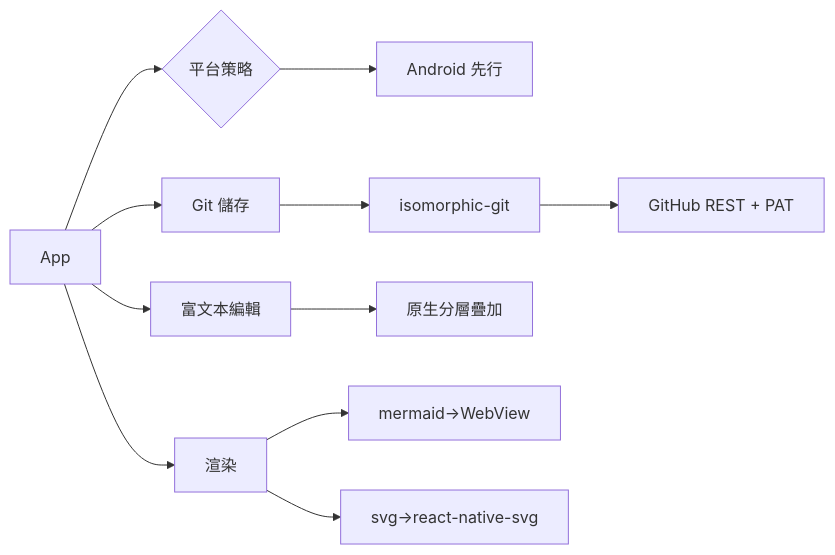
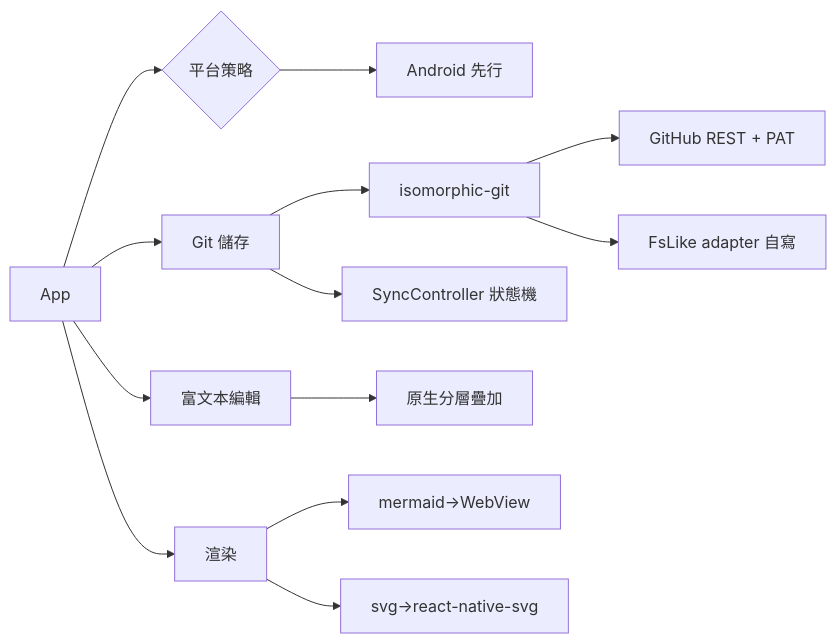
The diagram in brain/stack.md (adam-ikari/gitmark), drawn with Mermaid before and after one commit. The commit also changed other lines of this file and 3 other files, not shown here.

First line of the commit message:
brain: record the fs adapter contract and the sync chain's layering

````diff
--- a/brain/stack.md
+++ b/brain/stack.md
@@ -36,13 +41,15 @@
 ```mermaid
 graph LR
   D[App] --> P{平台策略}
   D --> G[Git 儲存]
   D --> E[富文本編輯]
   D --> R[渲染]
   P --> P1[Android 先行]
   G --> G1[isomorphic-git]
   G1 --> G2[GitHub REST + PAT]
+  G1 --> G3[FsLike adapter 自寫]
+  G --> G4[SyncController 狀態機]
   E --> E1[原生分層疊加]
   R --> R1[mermaid→WebView]
   R --> R2[svg→react-native-svg]
 ```
````
